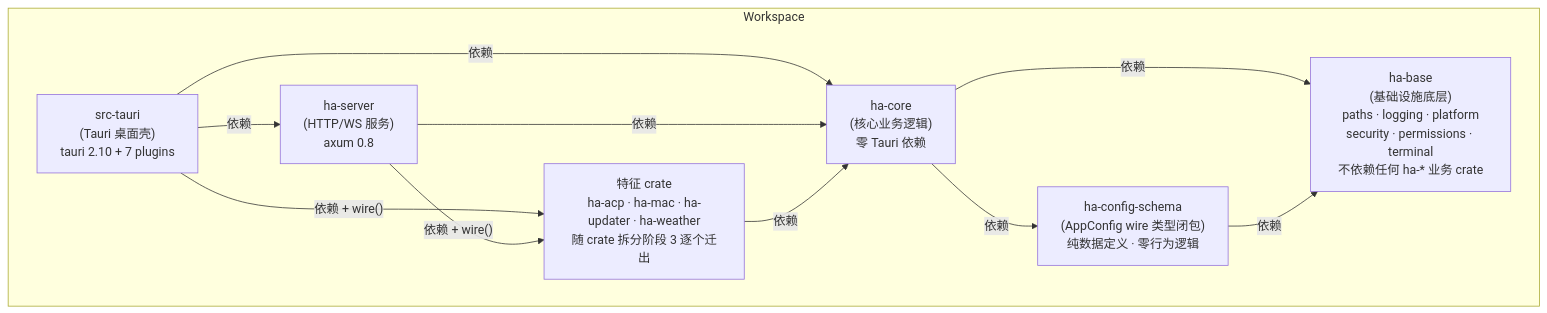
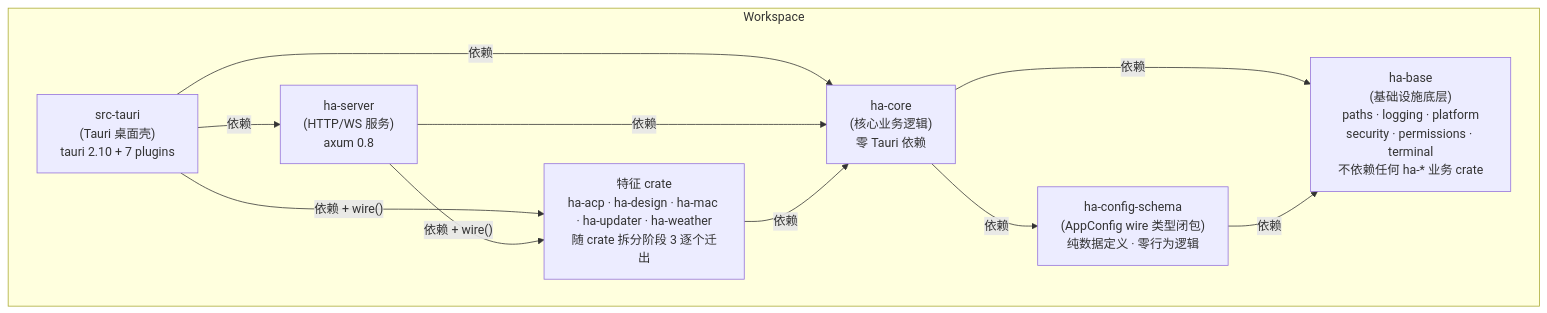
The first of 6 diagrams in docs/architecture/backend-separation.md (shiwenwen/hope-agent), drawn with Mermaid before and after one commit. The commit also changed other lines of this file and 103 other files, not shown here.

````diff
--- a/docs/architecture/backend-separation.md
+++ b/docs/architecture/backend-separation.md
@@ -15,22 +15,22 @@
 ```mermaid
 graph TD
     subgraph Workspace
         HA_TAURI["src-tauri<br/>(Tauri 桌面壳)<br/>tauri 2.10 + 7 plugins"]
         HA_SERVER["ha-server<br/>(HTTP/WS 服务)<br/>axum 0.8"]
-        HA_FEAT["特征 crate<br/>ha-acp · ha-mac · ha-updater · ha-weather<br/>随 crate 拆分阶段 3 逐个迁出"]
+        HA_FEAT["特征 crate<br/>ha-acp · ha-design · ha-mac · ha-updater · ha-weather<br/>随 crate 拆分阶段 3 逐个迁出"]
         HA_CORE["ha-core<br/>(核心业务逻辑)<br/>零 Tauri 依赖"]
         HA_SCHEMA["ha-config-schema<br/>(AppConfig wire 类型闭包)<br/>纯数据定义 · 零行为逻辑"]
         HA_BASE["ha-base<br/>(基础设施底层)<br/>paths · logging · platform<br/>security · permissions · terminal<br/>不依赖任何 ha-* 业务 crate"]
     end
 
     HA_TAURI -->|"依赖"| HA_SERVER
     HA_TAURI -->|"依赖 + wire()"| HA_FEAT
     HA_TAURI -->|"依赖"| HA_CORE
     HA_SERVER -->|"依赖 + wire()"| HA_FEAT
     HA_SERVER -->|"依赖"| HA_CORE
     HA_FEAT -->|"依赖"| HA_CORE
     HA_CORE -->|"依赖"| HA_SCHEMA
     HA_CORE -->|"依赖"| HA_BASE
     HA_SCHEMA -->|"依赖"| HA_BASE
 
 ```
````
